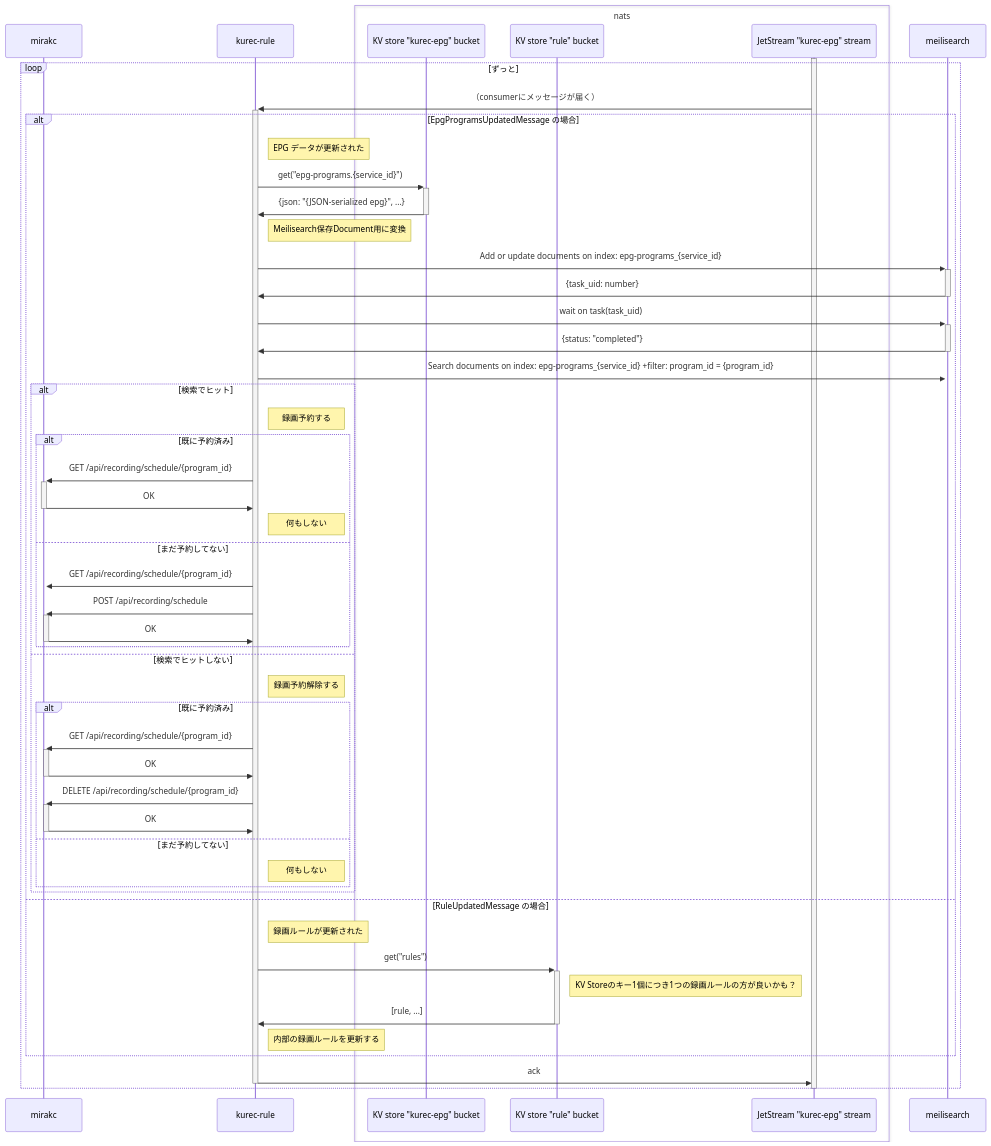
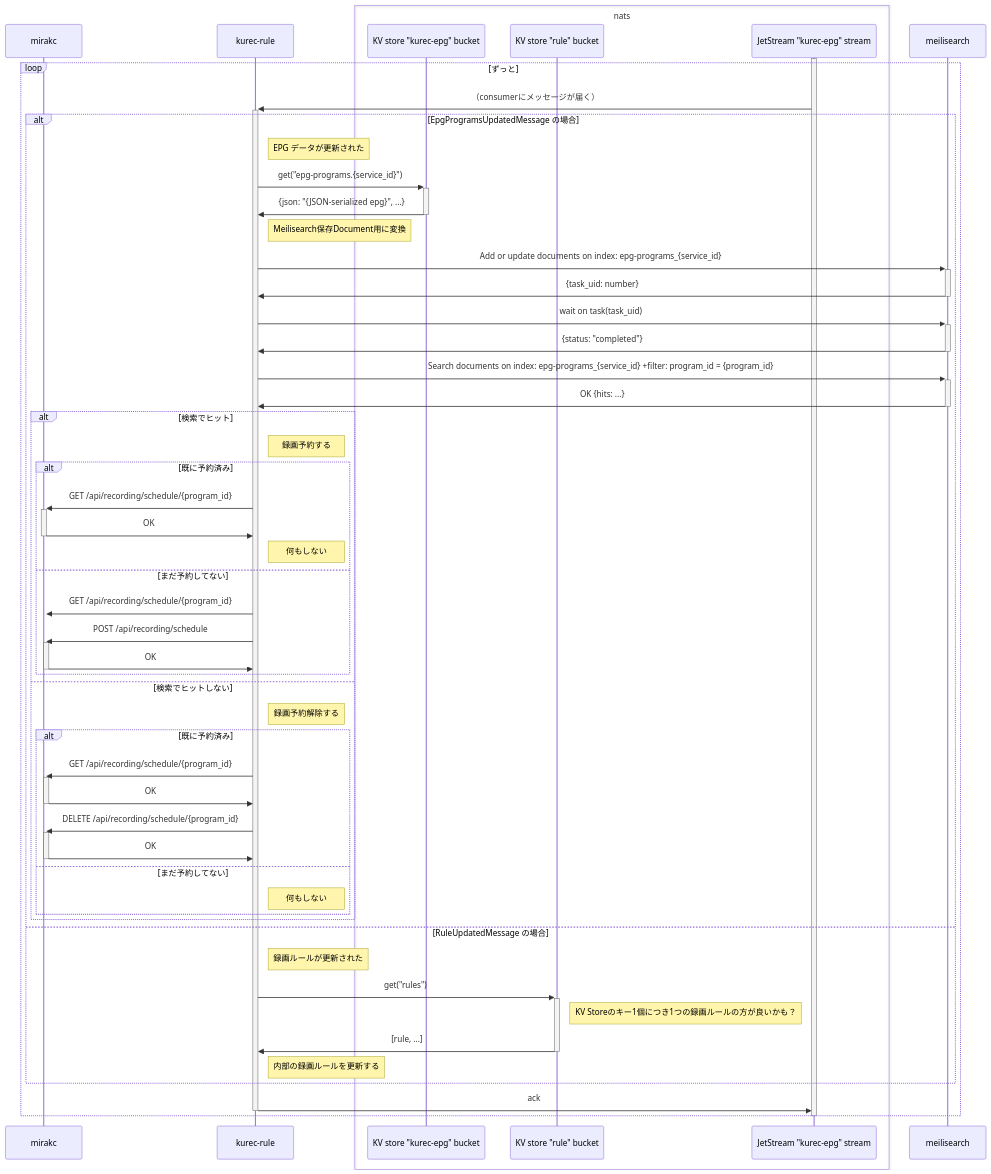
The second of 3 diagrams in docs/sequence.md (kurec-tool/kurec), drawn with Mermaid before and after one commit.

Commit message:
meilisearchからの戻り

````diff
--- a/docs/sequence.md
+++ b/docs/sequence.md
@@ -57,67 +57,68 @@
 ```mermaid
 sequenceDiagram
 
 participant mirakc
 participant kurec-rule
 
 box nats
     participant kv-bucket-epg as KV store "kurec-epg" bucket
     participant kv-bucket-rule as KV store "rule" bucket
     participant js-epg as JetStream "kurec-epg" stream
 end
 
 participant meilisearch
 
 activate js-epg
 loop ずっと
     js-epg ->>+ kurec-rule: （consumerにメッセージが届く）
 
     alt EpgProgramsUpdatedMessage の場合
         note right of kurec-rule: EPG データが更新された
         kurec-rule ->>+ kv-bucket-epg: get("epg-programs.{service_id}")
         kv-bucket-epg ->>- kurec-rule: {json: "{JSON-serialized epg}", ...}
 
         note right of kurec-rule: Meilisearch保存Document用に変換
         kurec-rule ->>+ meilisearch: Add or update documents on index: epg-programs_{service_id}
         meilisearch ->>- kurec-rule: {task_uid: number}
 
         kurec-rule ->>+ meilisearch: wait on task(task_uid)
         meilisearch ->>- kurec-rule: {status: "completed"}
 
         kurec-rule ->>+ meilisearch: Search documents on index: epg-programs_{service_id} +filter: program_id = {program_id}
+        meilisearch ->>- kurec-rule: OK {hits: ...}
 
         alt 検索でヒット
             note right of kurec-rule: 録画予約する
             alt 既に予約済み
                 kurec-rule ->>+ mirakc: GET /api/recording/schedule/{program_id}
                 mirakc ->>- kurec-rule: OK
                 note right of kurec-rule: 何もしない
             else まだ予約してない
                 kurec-rule ->>+ mirakc: GET /api/recording/schedule/{program_id}
                 kurec-rule ->>+ mirakc: POST /api/recording/schedule
                 mirakc ->>- kurec-rule: OK
             end
         else 検索でヒットしない
             note right of kurec-rule: 録画予約解除する
             alt 既に予約済み
                 kurec-rule ->>+ mirakc: GET /api/recording/schedule/{program_id}
                 mirakc ->>- kurec-rule: OK
                 kurec-rule ->>+ mirakc: DELETE /api/recording/schedule/{program_id}
                 mirakc ->>- kurec-rule: OK
             else まだ予約してない
                 note right of kurec-rule: 何もしない
             end
         end
 
     else RuleUpdatedMessage の場合
         note right of kurec-rule: 録画ルールが更新された
         kurec-rule ->>+ kv-bucket-rule: get("rules")
         note right of kv-bucket-rule: KV Storeのキー1個につき1つの録画ルールの方が良いかも？
         kv-bucket-rule ->>- kurec-rule: [rule, ...]
         note right of kurec-rule: 内部の録画ルールを更新する
     end
 
     kurec-rule ->>- js-epg: ack
 end
 deactivate js-epg
 ```
````
